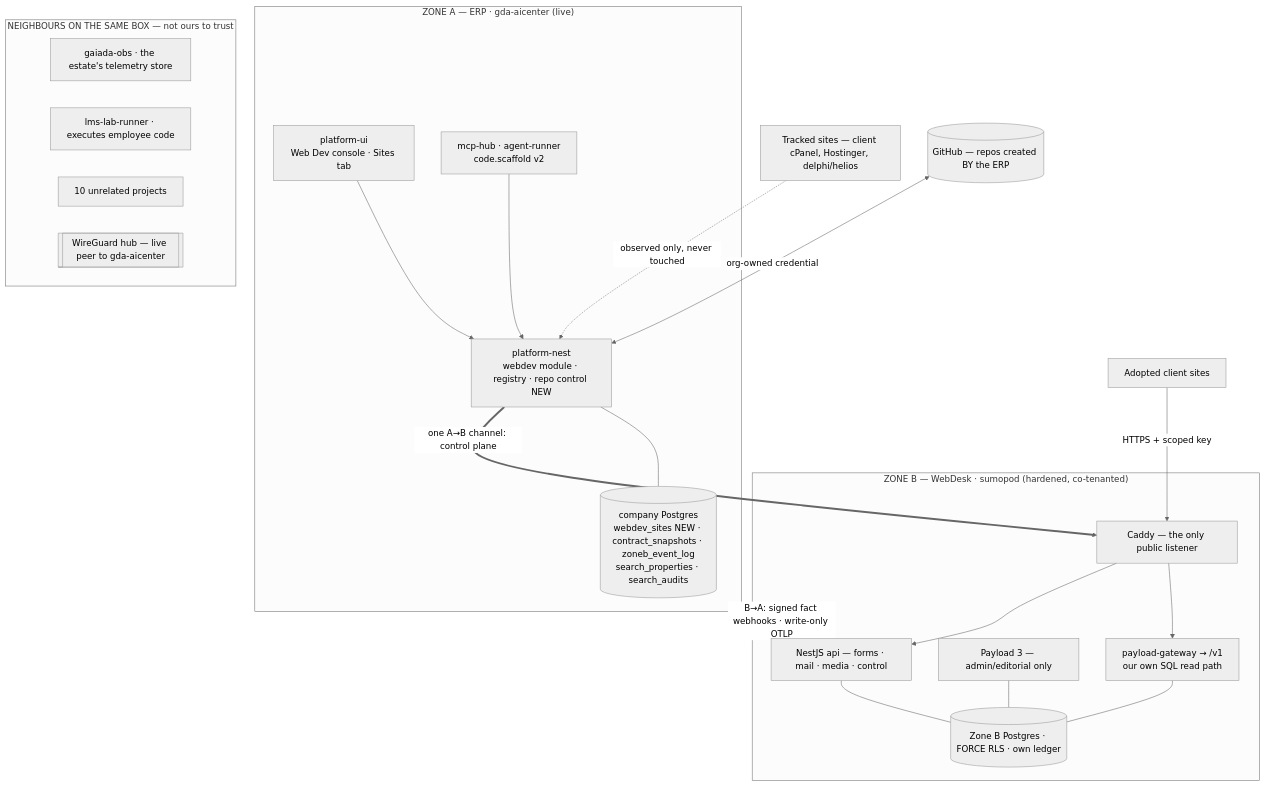
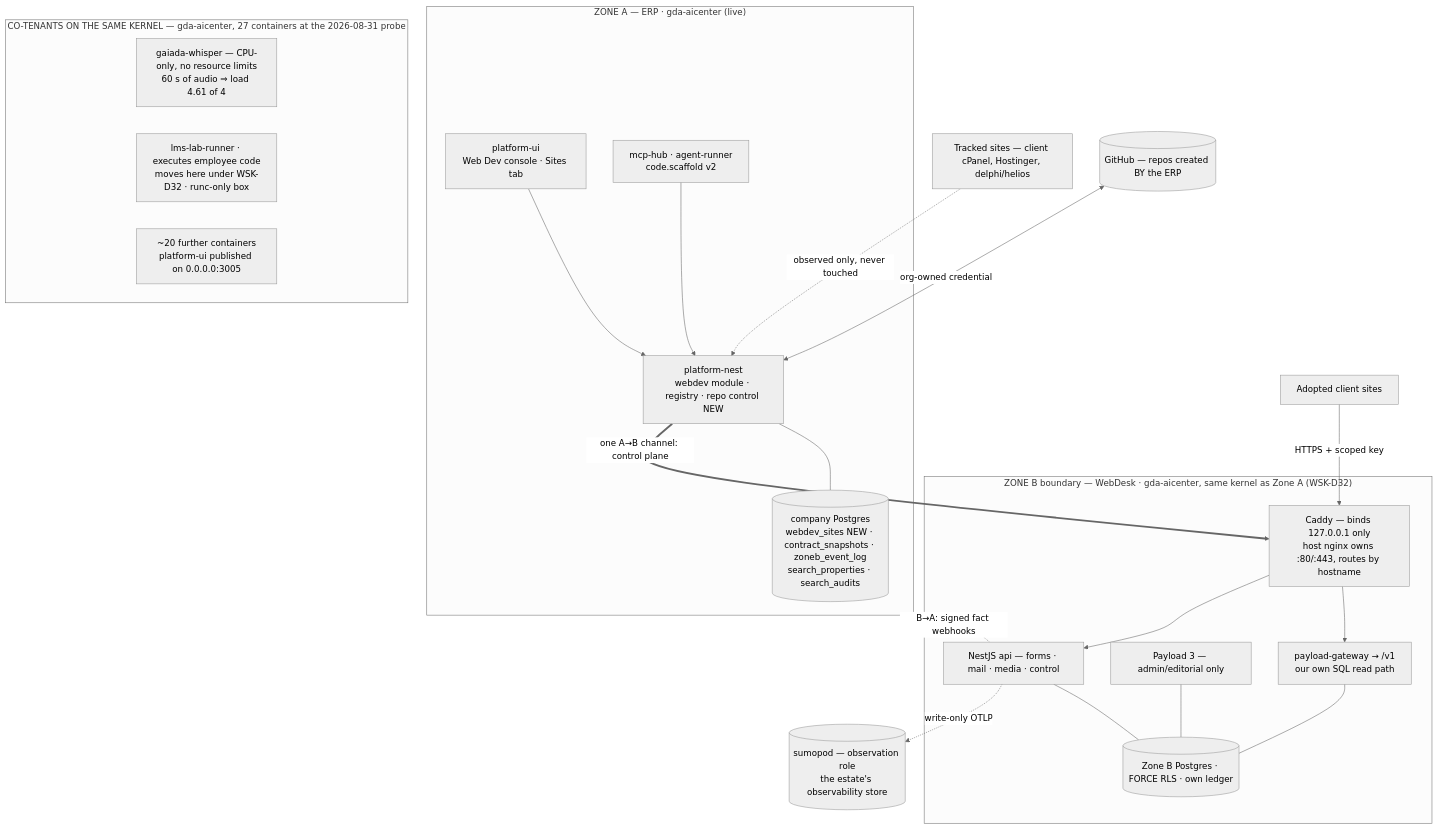
Before and after one commit to hansel-gaiada/gaiada-system: the diagram in docs/blueprints/webdesk-design-v2.md, drawn with Mermaid (neutral theme). The commit also changed other lines of this file and 6 other files, not shown here.

````diff
--- a/docs/blueprints/webdesk-design-v2.md
+++ b/docs/blueprints/webdesk-design-v2.md
@@ -108,33 +157,33 @@
 ```mermaid
 flowchart TB
   subgraph ZA["ZONE A — ERP · gda-aicenter (live)"]
     UI[platform-ui<br/>Web Dev console · Sites tab]
     PN[platform-nest<br/>webdev module · registry · repo control NEW]
     PDB[(company Postgres<br/>webdev_sites NEW · contract_snapshots · zoneb_event_log<br/>search_properties · search_audits)]
     HUB[mcp-hub · agent-runner<br/>code.scaffold v2]
     UI --> PN --- PDB
     HUB --> PN
   end
-  subgraph ZB["ZONE B — WebDesk · sumopod (hardened, co-tenanted)"]
-    PX[Caddy — the only public listener]
+  subgraph ZB["ZONE B boundary — WebDesk · gda-aicenter, same kernel as Zone A (WSK-D32)"]
+    PX[Caddy — binds 127.0.0.1 only<br/>host nginx owns :80/:443, routes by hostname]
     GW[payload-gateway → /v1<br/>our own SQL read path]
     PAY[Payload 3 — admin/editorial only]
     API[NestJS api — forms · mail · media · control]
     ZDB[(Zone B Postgres · FORCE RLS · own ledger)]
     PX --> GW & API
     GW --- ZDB
     PAY --- ZDB
     API --- ZDB
   end
-  subgraph NB["NEIGHBOURS ON THE SAME BOX — not ours to trust"]
-    OBS[gaiada-obs · the estate's telemetry store]
-    LAB[lms-lab-runner · executes employee code]
-    OTH[10 unrelated projects]
-    WG[[WireGuard hub — live peer to gda-aicenter]]
+  subgraph NB["CO-TENANTS ON THE SAME KERNEL — gda-aicenter, 27 containers at the 2026-08-31 probe"]
+    WSP[gaiada-whisper — CPU-only, no resource limits<br/>60 s of audio ⇒ load 4.61 of 4]
+    LAB[lms-lab-runner · executes employee code<br/>moves here under WSK-D32 · runc-only box]
+    OTH[~20 further containers<br/>platform-ui published on 0.0.0.0:3005]
   end
   ADOPTED[Adopted client sites] -->|HTTPS + scoped key| PX
   TRACKED[Tracked sites — client cPanel, Hostinger, delphi/helios] -.->|"observed only, never touched"| PN
   PN ==>|"one A→B channel: control plane"| PX
-  API -. "B→A: signed fact webhooks · write-only OTLP" .-> ZA
+  API -. "B→A: signed fact webhooks" .-> ZA
+  API -. "write-only OTLP" .-> OBS[(sumopod — observation role<br/>the estate's observability store)]
   GH[(GitHub — repos created BY the ERP)] <-->|"org-owned credential"| PN
 ```
````
